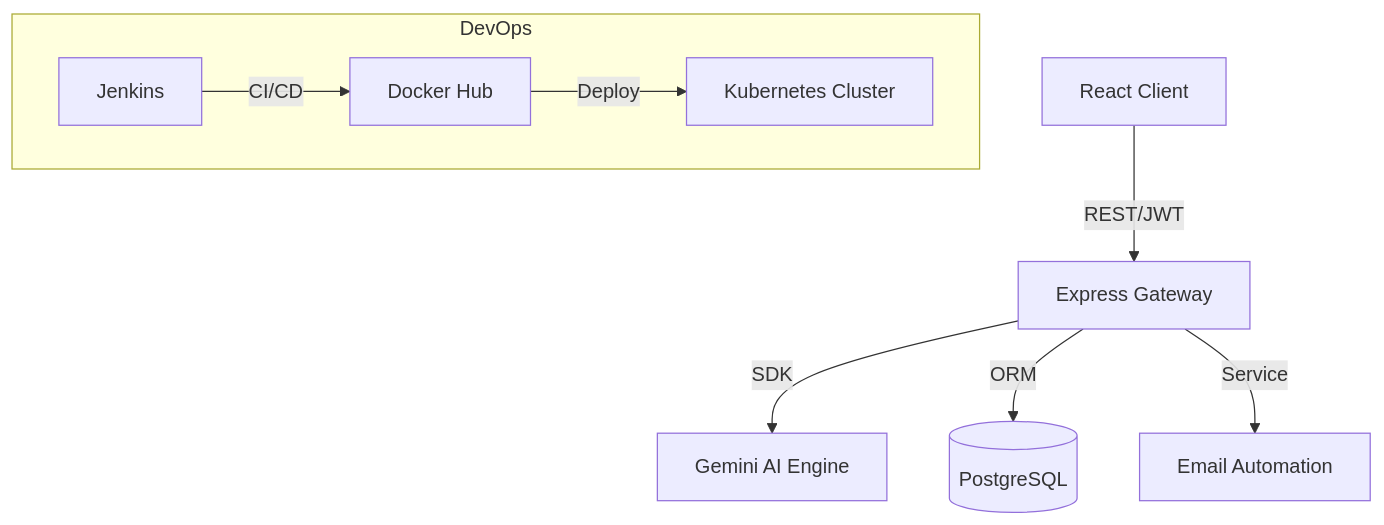
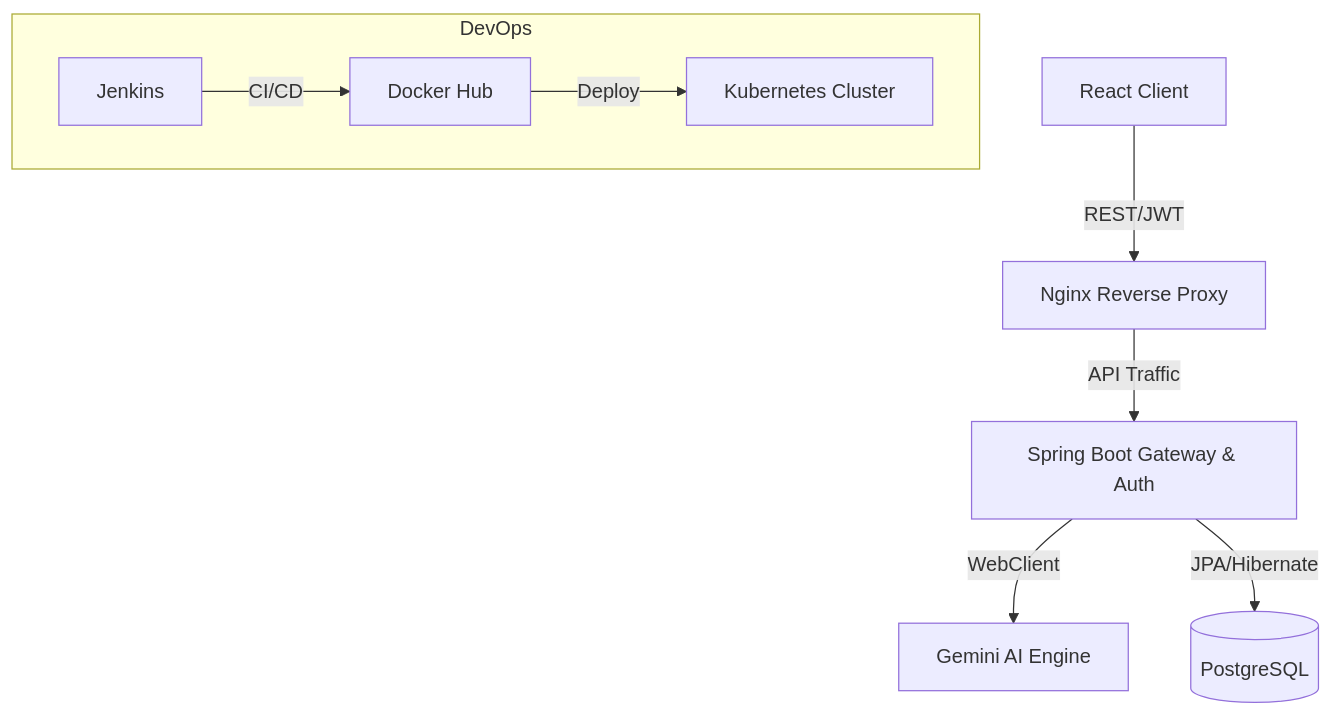
The diagram in README.md (tarun3250/ApplySphere), drawn with Mermaid before and after one commit. The commit also changed other lines of this file and 18 other files, not shown here.

````diff
--- a/README.md
+++ b/README.md
@@ -89,11 +104,11 @@
 ```mermaid
 graph TD
-    A[React Client] -->|REST/JWT| B[Express Gateway]
-    B -->|SDK| C[Gemini AI Engine]
-    B -->|ORM| D[(PostgreSQL)]
-    B -->|Service| E[Email Automation]
+    A[React Client] -->|REST/JWT| B[Nginx Reverse Proxy]
+    B -->|API Traffic| C[Spring Boot Gateway & Auth]
+    C -->|WebClient| D[Gemini AI Engine]
+    C -->|JPA/Hibernate| E[(PostgreSQL)]
     subgraph DevOps
         F[Jenkins] -->|CI/CD| G[Docker Hub]
         G -->|Deploy| H[Kubernetes Cluster]
     end
 ```
````
